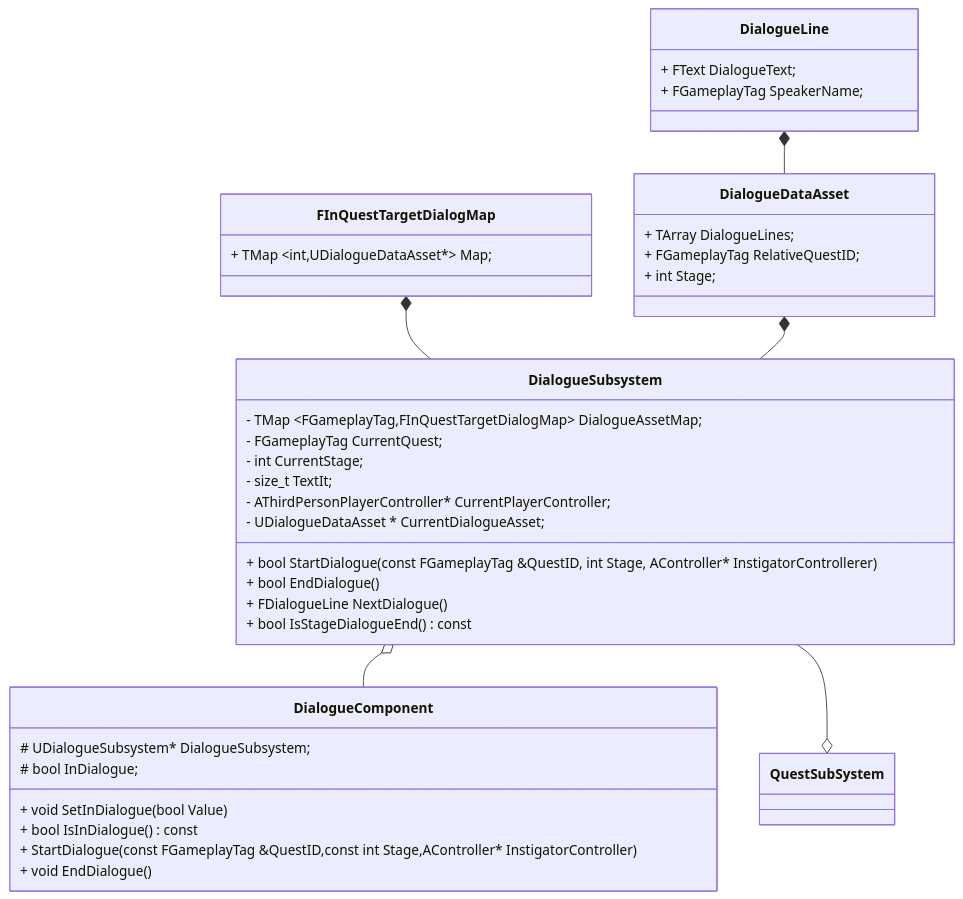
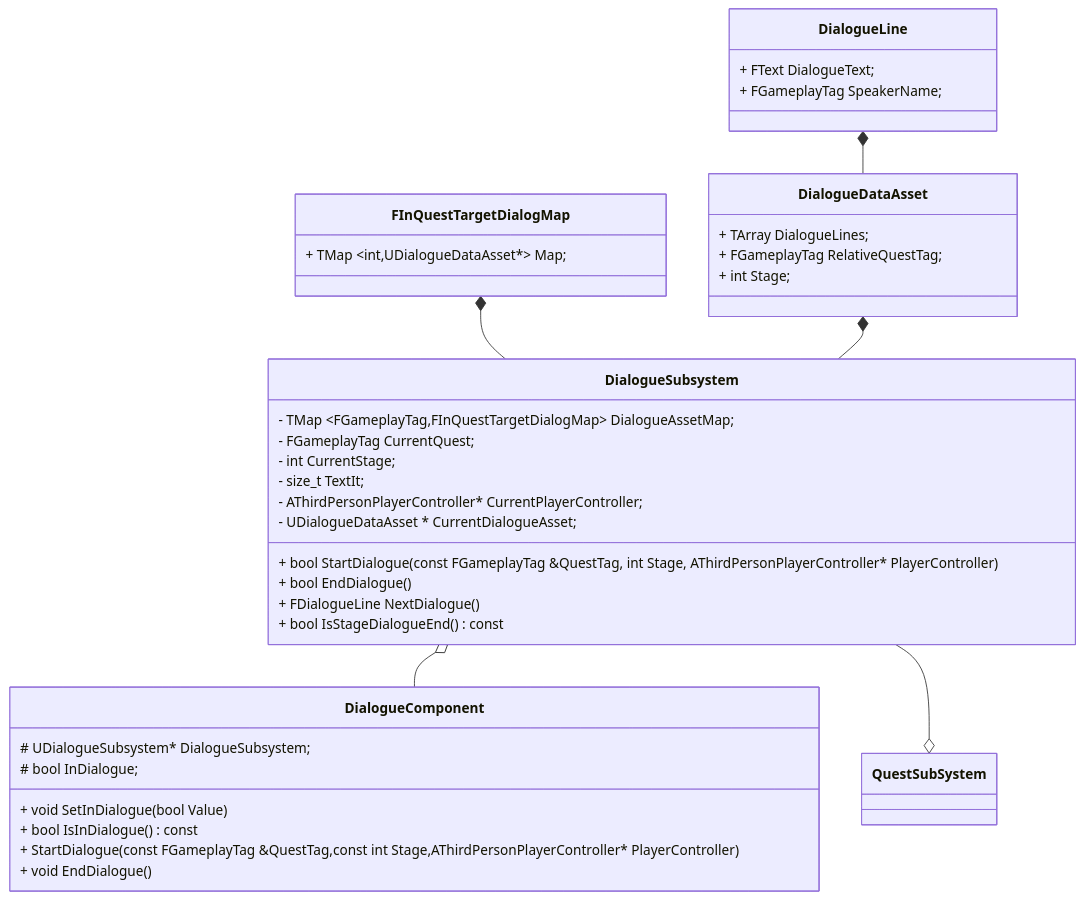
Before and after one commit to getyo/ARPG_Learn: the first of 3 diagrams in Document/对话系统.md, drawn with Mermaid. The commit also changed other lines of this file and 12 other files, not shown here.

````diff
--- a/Document/对话系统.md
+++ b/Document/对话系统.md
@@ -5,40 +5,40 @@
 ```mermaid
 classDiagram 
 	 DialogueLine *-- DialogueDataAsset
 	 FInQuestTargetDialogMap *-- DialogueSubsystem
 	 DialogueDataAsset *-- DialogueSubsystem
 	 DialogueSubsystem o-- DialogueComponent 
 	 DialogueSubsystem --o QuestSubSystem
 	 class DialogueLine{
 		+ FText DialogueText;
 		+ FGameplayTag SpeakerName;
 	 }
 	 class DialogueDataAsset{
 		+ TArray<FDialogueLine> DialogueLines;
-		+ FGameplayTag RelativeQuestID;
+		+ FGameplayTag RelativeQuestTag;
 		+ int Stage;
 	 }
 	 class FInQuestTargetDialogMap{
 	 	+ TMap ~int,UDialogueDataAsset*~ Map;
 	 }
 	 class DialogueSubsystem{
 	 	- TMap ~FGameplayTag,FInQuestTargetDialogMap~ DialogueAssetMap;
 	 	- FGameplayTag CurrentQuest;
 		- int CurrentStage;
 		- size_t TextIt;
 		- AThirdPersonPlayerController* CurrentPlayerController;
 		- UDialogueDataAsset * CurrentDialogueAsset;
-		+ bool StartDialogue(const FGameplayTag &QuestID, int Stage, AController* InstigatorControllerer)
+		+ bool StartDialogue(const FGameplayTag &QuestTag, int Stage, AThirdPersonPlayerController* PlayerController)
 		+ bool EndDialogue()
 		+ FDialogueLine NextDialogue()
 		+ bool IsStageDialogueEnd() const
 	 }
 	 class DialogueComponent {
 		# UDialogueSubsystem* DialogueSubsystem;
 		# bool InDialogue;
 		+ void SetInDialogue(bool Value)
 		+ bool IsInDialogue() const
-		+ StartDialogue(const FGameplayTag &QuestID,const int Stage,AController* InstigatorController)
+		+ StartDialogue(const FGameplayTag &QuestTag,const int Stage,AThirdPersonPlayerController* PlayerController)
 		+ void EndDialogue()
 	 }
 ```
````
